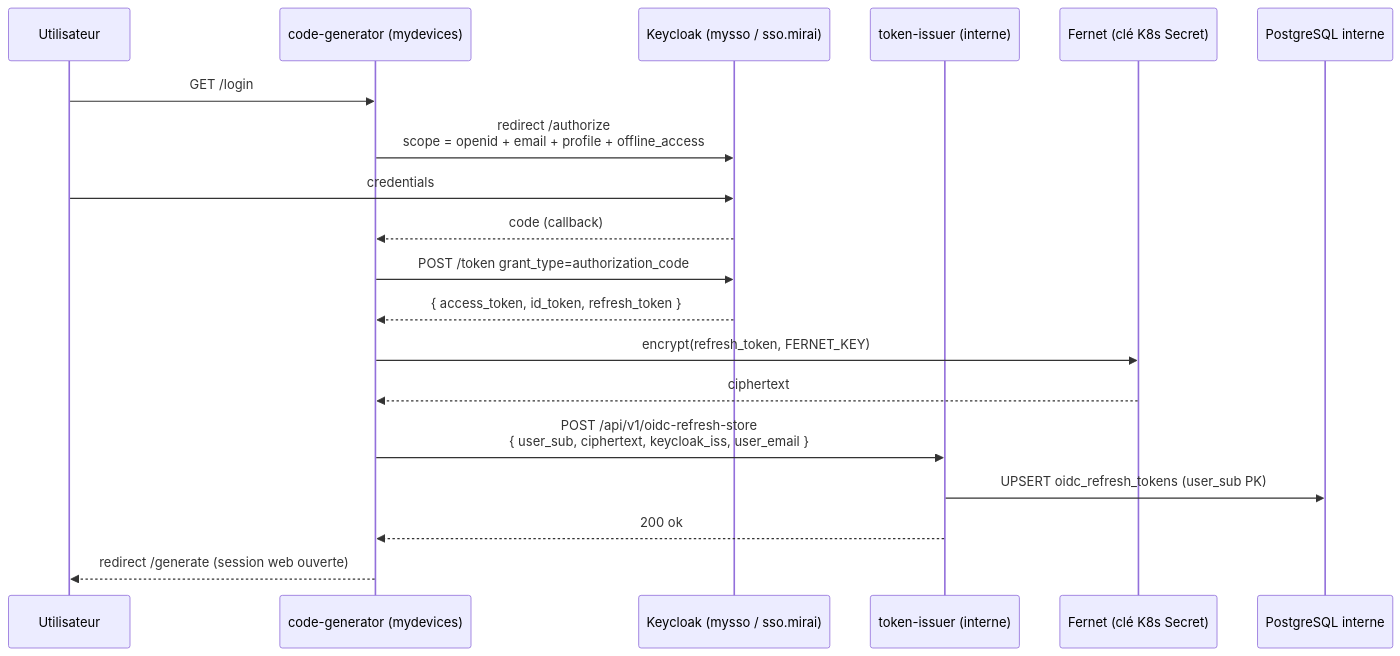
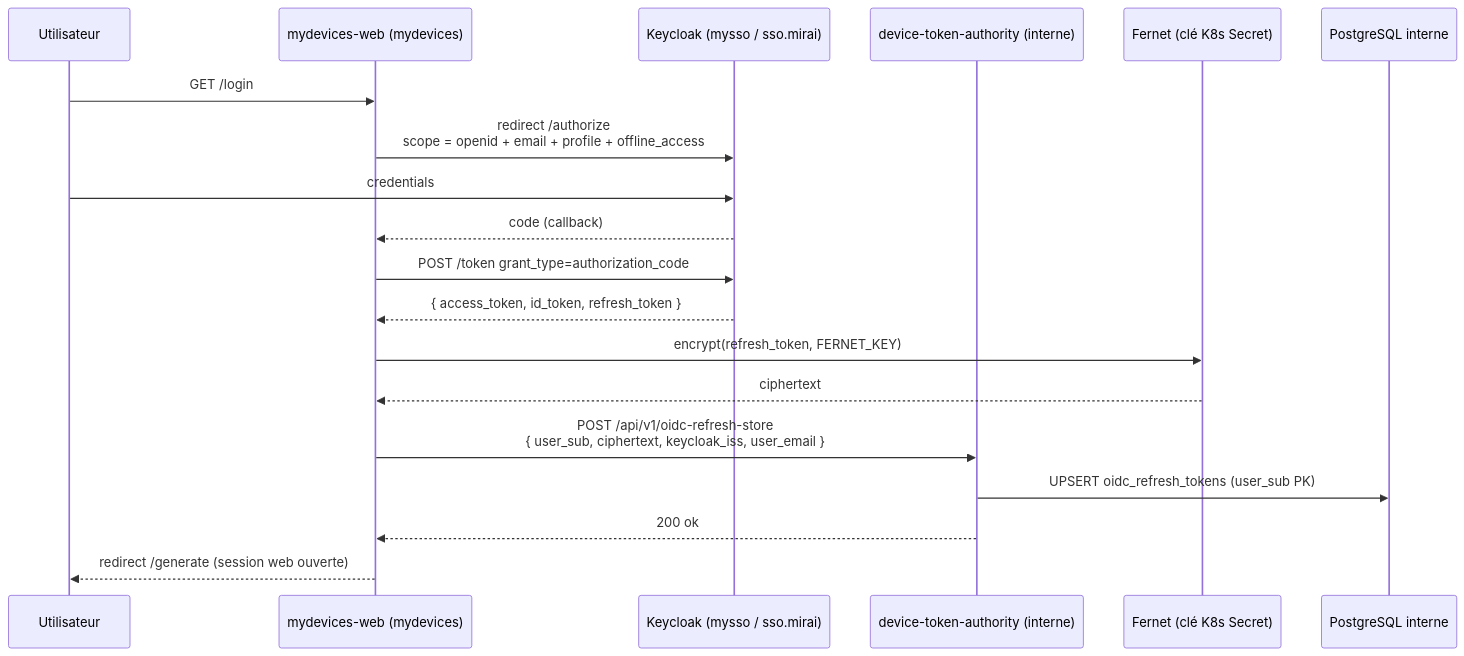
One commit to IA-Generative/mirai-mesreunions changed the first of 3 diagrams in docs/integrate-with-mcr.md. Above: the diagram before and after it, drawn with Mermaid. The commit also changed other lines of this file and 42 other files, not shown here.

````diff
--- a/docs/integrate-with-mcr.md
+++ b/docs/integrate-with-mcr.md
@@ -22,22 +22,22 @@
 ```mermaid
 sequenceDiagram
   participant U as Utilisateur
-  participant CG as code-generator (mydevices)
+  participant CG as mydevices-web (mydevices)
   participant KC as Keycloak (mysso / sso.mirai)
-  participant TI as token-issuer (interne)
+  participant TI as device-token-authority (interne)
   participant CRY as Fernet (clé K8s Secret)
   participant PGI as PostgreSQL interne
 
   U->>CG: GET /login
   CG->>KC: redirect /authorize<br/>scope = openid + email + profile + offline_access
   U->>KC: credentials
   KC-->>CG: code (callback)
   CG->>KC: POST /token grant_type=authorization_code
   KC-->>CG: { access_token, id_token, refresh_token }
   CG->>CRY: encrypt(refresh_token, FERNET_KEY)
   CRY-->>CG: ciphertext
   CG->>TI: POST /api/v1/oidc-refresh-store<br/>{ user_sub, ciphertext, keycloak_iss, user_email }
   TI->>PGI: UPSERT oidc_refresh_tokens (user_sub PK)
   TI-->>CG: 200 ok
   CG-->>U: redirect /generate (session web ouverte)
 ```
````
